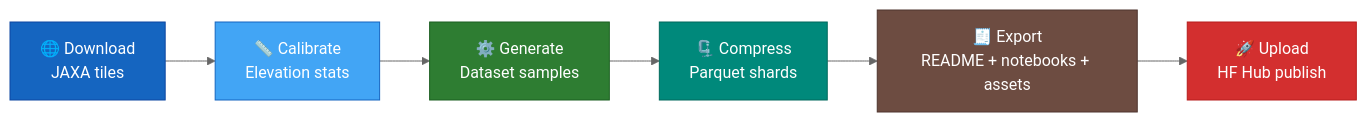
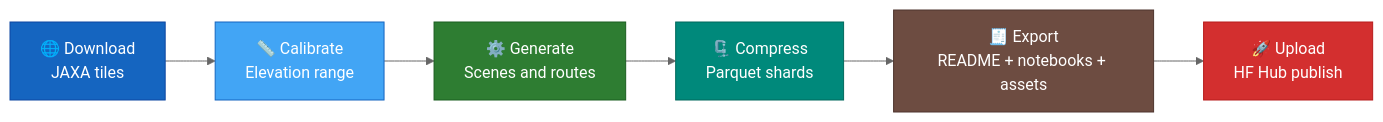
The diagram in docs/guide/index.md (ThalesGroup/passage), drawn with Mermaid (neutral theme) before and after one commit. The commit also changed other lines of this file and 69 other files, not shown here.

````diff
--- a/docs/guide/index.md
+++ b/docs/guide/index.md
@@ -33,15 +32,15 @@
 ```mermaid
 flowchart LR
-    A["🌐 Download\nJAXA tiles"] --> B["📏 Calibrate\nElevation stats"]
-    B --> C["⚙️ Generate\nDataset samples"]
-    C --> D["🗜️ Compress\nParquet shards"]
-    D --> E["🧾 Export\nREADME + notebooks + assets"]
-    E --> F["🚀 Upload\nHF Hub publish"]
+    A["🌐 Download<br>JAXA tiles"] --> B["📏 Calibrate<br>Elevation range"]
+    B --> C["⚙️ Generate<br>Scenes and routes"]
+    C --> D["🗜️ Compress<br>Parquet shards"]
+    D --> E["🧾 Export<br>README + notebooks + assets"]
+    E --> F["🚀 Upload<br>HF Hub publish"]
 
     style A fill:#1565C0,color:#fff,stroke:#0D47A1
     style B fill:#42A5F5,color:#fff,stroke:#1565C0
     style C fill:#2E7D32,color:#fff,stroke:#1B5E20
     style D fill:#00897B,color:#fff,stroke:#00695C
     style E fill:#6D4C41,color:#fff,stroke:#4E342E
     style F fill:#D32F2F,color:#fff,stroke:#B71C1C
 ```
````
